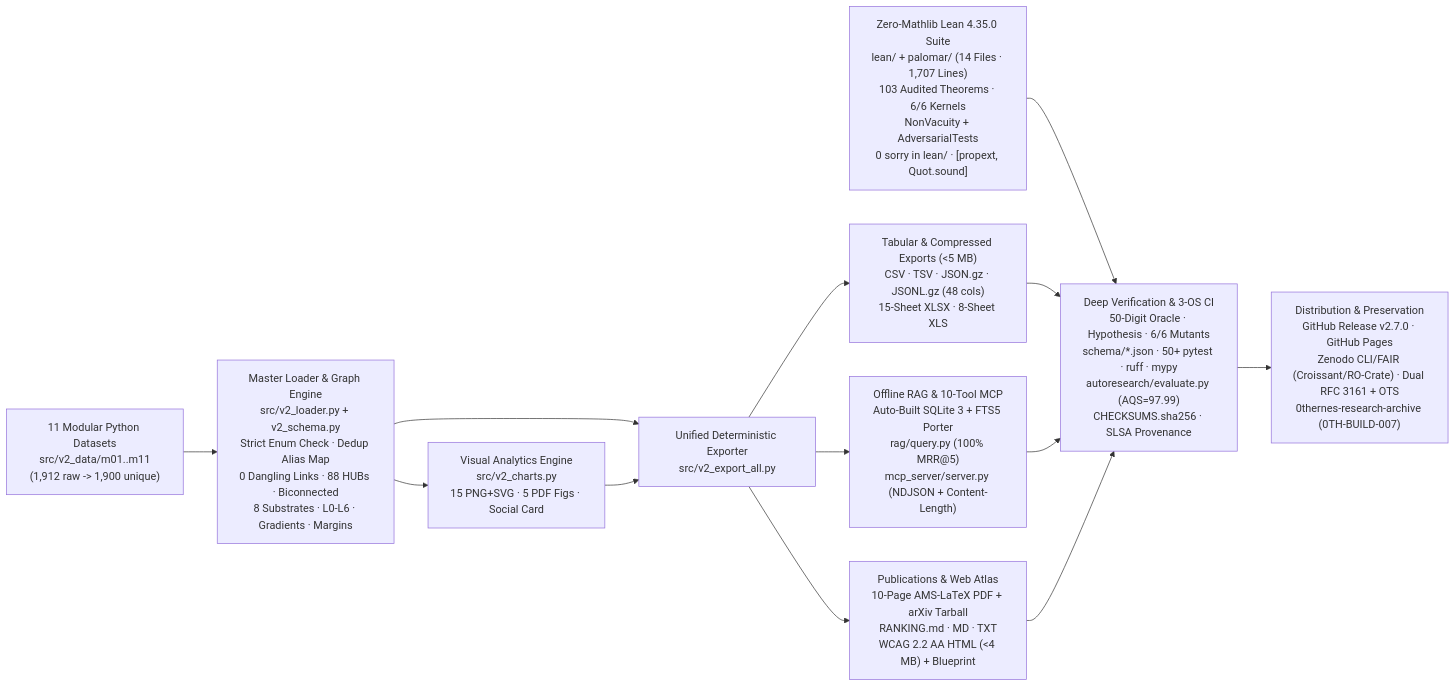
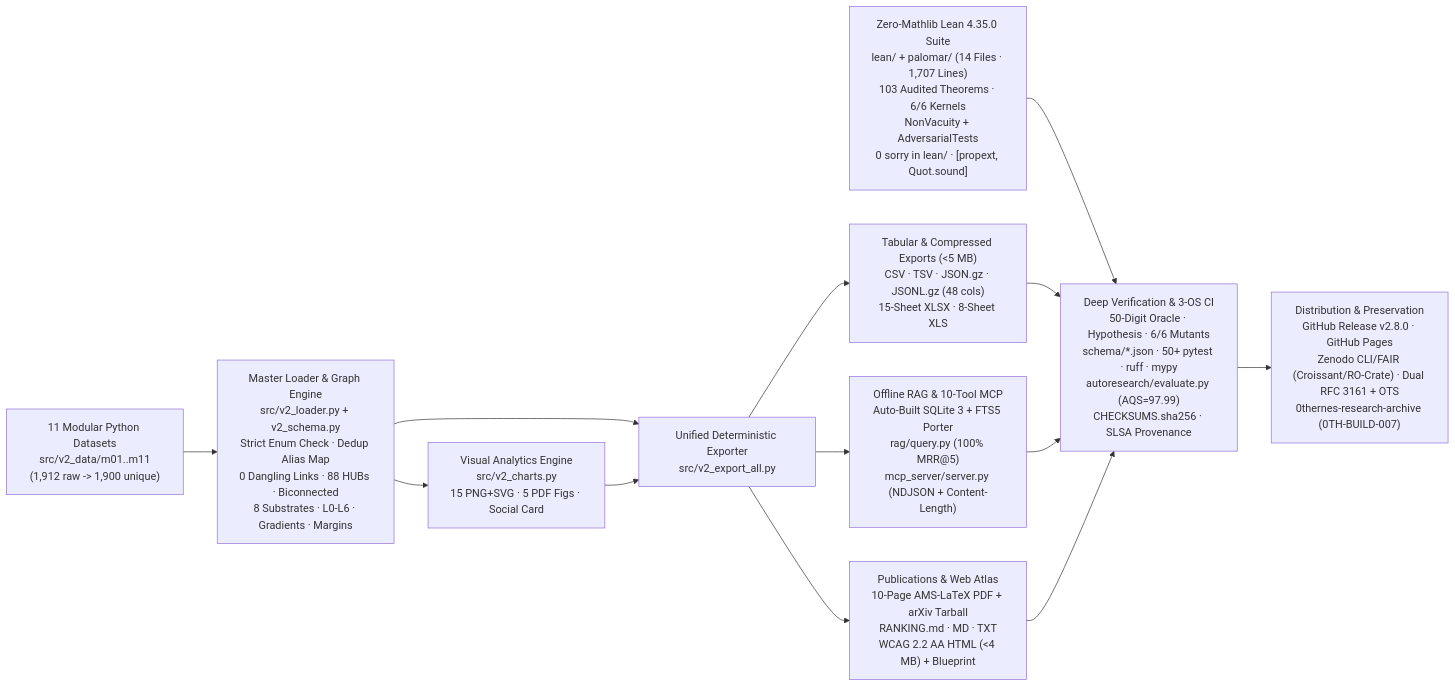
Before and after one commit to 0thernes/unsolved-problems-mega-atlas: the diagram in ARCHITECTURE.md, drawn with Mermaid. The commit also changed other lines of this file and 106 other files, not shown here.

Commit message:
release: v2.8.0 43-entry archive sync (17 rows), external registry delta auditor, Track B Collatz/Ramsey probes & 11-tool rubric sensitivity MCP

````diff
--- a/ARCHITECTURE.md
+++ b/ARCHITECTURE.md
@@ -5,15 +5,15 @@
 ```mermaid
 flowchart LR
     A["11 Modular Python Datasets\nsrc/v2_data/m01..m11\n(1,912 raw -> 1,900 unique)"] --> B["Master Loader & Graph Engine\nsrc/v2_loader.py + v2_schema.py\nStrict Enum Check · Dedup Alias Map\n0 Dangling Links · 88 HUBs · Biconnected\n8 Substrates · L0-L6 · Gradients · Margins"]
     B --> C["Visual Analytics Engine\nsrc/v2_charts.py\n15 PNG+SVG · 5 PDF Figs · Social Card"]
     B --> D["Unified Deterministic Exporter\nsrc/v2_export_all.py"]
     C --> D
     D --> E1["Tabular & Compressed Exports (<5 MB)\nCSV · TSV · JSON.gz · JSONL.gz (48 cols)\n15-Sheet XLSX · 8-Sheet XLS"]
     D --> E2["Offline RAG & 10-Tool MCP\nAuto-Built SQLite 3 + FTS5 Porter\nrag/query.py (100% MRR@5)\nmcp_server/server.py (NDJSON + Content-Length)"]
     D --> E3["Publications & Web Atlas\n10-Page AMS-LaTeX PDF + arXiv Tarball\nRANKING.md · MD · TXT\nWCAG 2.2 AA HTML (<4 MB) + Blueprint"]
     F["Zero-Mathlib Lean 4.35.0 Suite\nlean/ + palomar/ (14 Files · 1,707 Lines)\n103 Audited Theorems · 6/6 Kernels\nNonVacuity + AdversarialTests\n0 sorry in lean/ · [propext, Quot.sound]"] --> G["Deep Verification & 3-OS CI\n50-Digit Oracle · Hypothesis · 6/6 Mutants\nschema/*.json · 50+ pytest · ruff · mypy\nautoresearch/evaluate.py (AQS=97.99)\nCHECKSUMS.sha256 · SLSA Provenance"]
     E1 --> G
     E2 --> G
     E3 --> G
-    G --> H["Distribution & Preservation\nGitHub Release v2.7.0 · GitHub Pages\nZenodo CLI/FAIR (Croissant/RO-Crate) · Dual RFC 3161 + OTS\n0thernes-research-archive (0TH-BUILD-007)"]
+    G --> H["Distribution & Preservation\nGitHub Release v2.8.0 · GitHub Pages\nZenodo CLI/FAIR (Croissant/RO-Crate) · Dual RFC 3161 + OTS\n0thernes-research-archive (0TH-BUILD-007)"]
 ```
````
